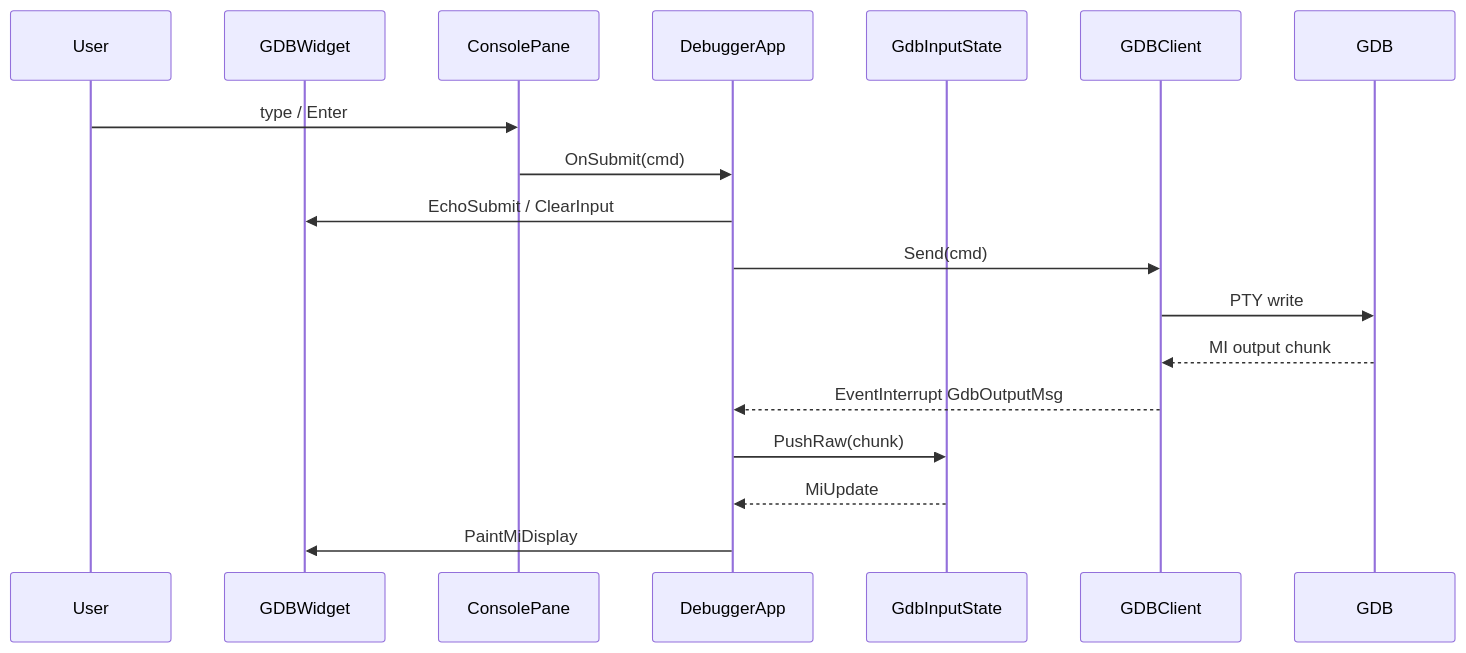
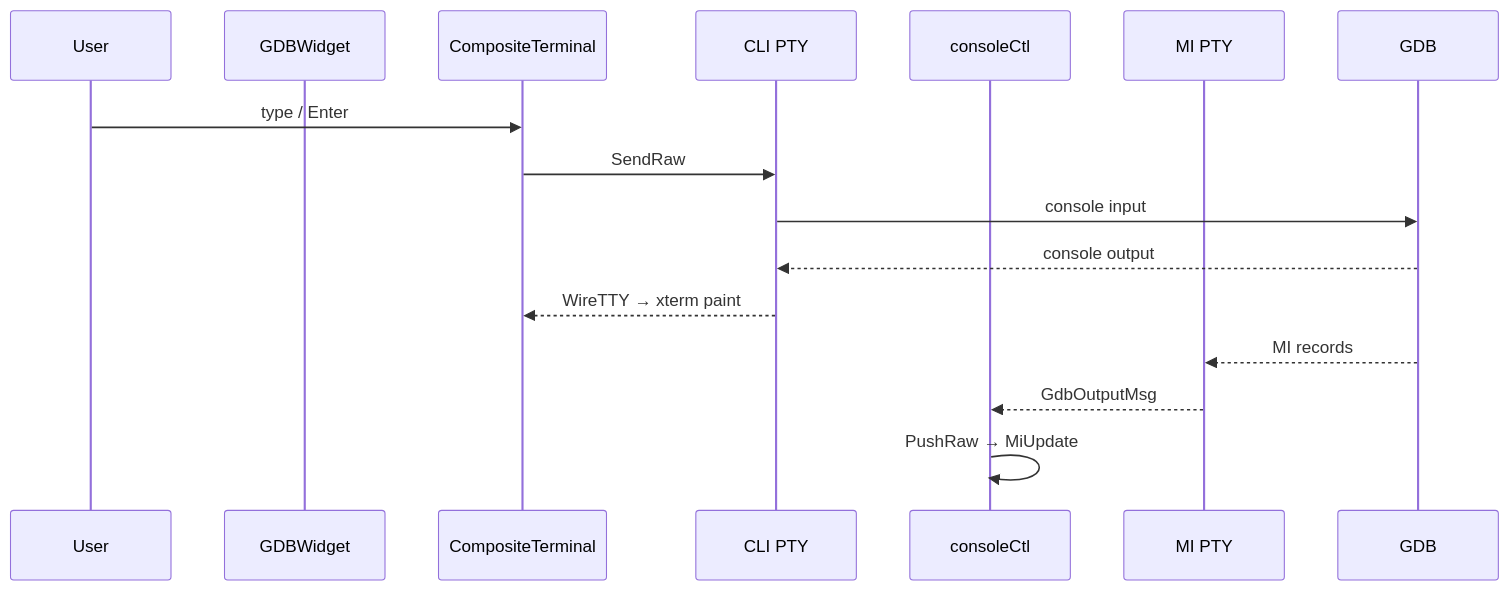
One commit to yairgd/gdbforge changed the sixth of 8 diagrams in docs/DEBUGGER_INTEGRATION.md. Above: the diagram before and after it, drawn with Mermaid. The commit also changed other lines of this file and 243 other files, not shown here.

````diff
--- a/docs/DEBUGGER_INTEGRATION.md
+++ b/docs/DEBUGGER_INTEGRATION.md
@@ -585,21 +719,19 @@
 ```mermaid
 sequenceDiagram
     participant User
     participant GDBW as GDBWidget
-    participant Cons as ConsolePane
-    participant Ctrl as DebuggerApp
-    participant State as GdbInputState
-    participant Client as GDBClient
+    participant Term as CompositeTerminal
+    participant CLI as CLI PTY
+    participant Ctrl as consoleCtl
+    participant MI as MI PTY
     participant GDB as GDB
 
-    User->>Cons: type / Enter
-    Cons->>Ctrl: OnSubmit(cmd)
-    Ctrl->>GDBW: EchoSubmit / ClearInput
-    Ctrl->>Client: Send(cmd)
-    Client->>GDB: PTY write
-    GDB-->>Client: MI output chunk
-    Client-->>Ctrl: EventInterrupt GdbOutputMsg
-    Ctrl->>State: PushRaw(chunk)
-    State-->>Ctrl: MiUpdate
-    Ctrl->>GDBW: PaintMiDisplay
+    User->>Term: type / Enter
+    Term->>CLI: SendRaw
+    CLI->>GDB: console input
+    GDB-->>CLI: console output
+    CLI-->>Term: WireTTY → xterm paint
+    GDB-->>MI: MI records
+    MI-->>Ctrl: GdbOutputMsg
+    Ctrl->>Ctrl: PushRaw → MiUpdate
 ```
````
